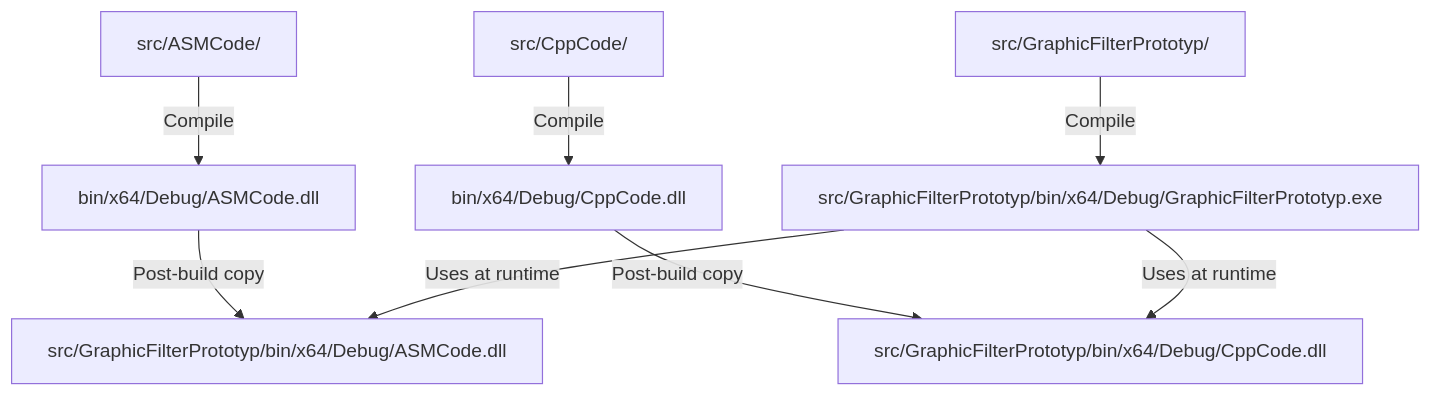
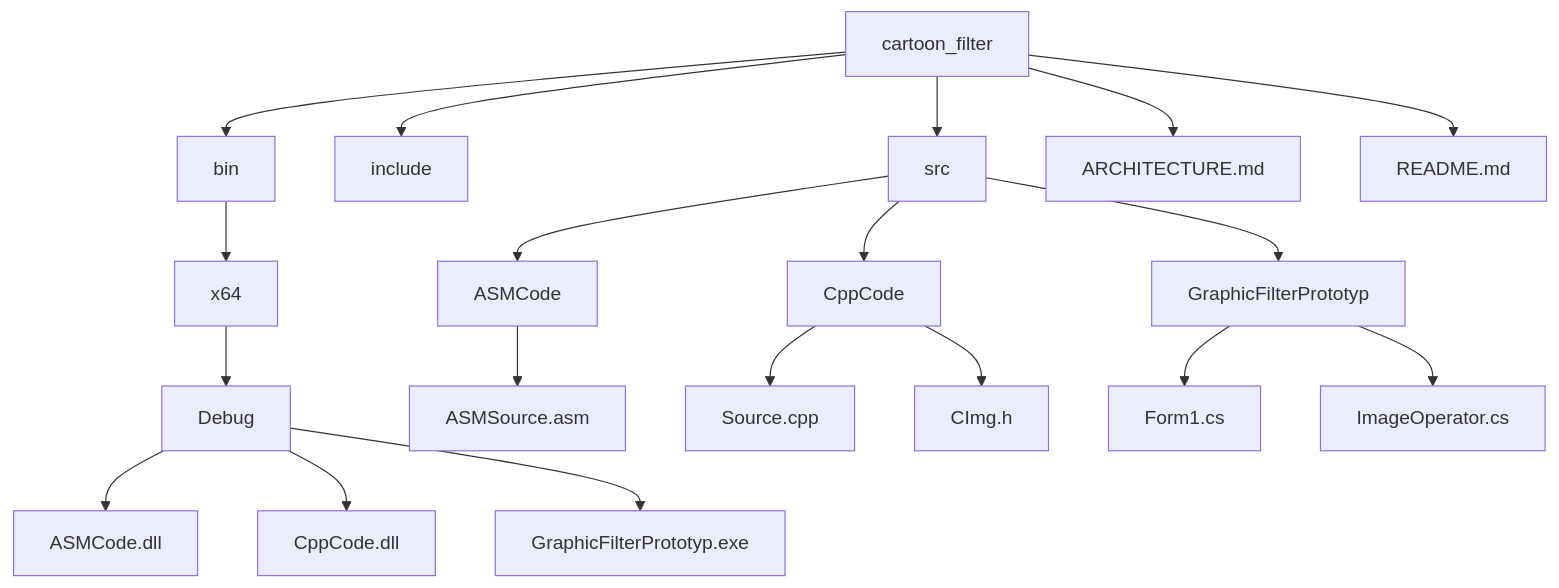
The first of 2 diagrams in README.md (stokuj/cartoon_filter), drawn with Mermaid before and after one commit. The commit also changed other lines of this file, not shown here.

Commit message:
Update README.md: refine project structure and data flow diagrams

````diff
--- a/README.md
+++ b/README.md
@@ -49,12 +36,21 @@
 ```mermaid
 graph TD
-    A[src/ASMCode/] -->|Compile| B[bin/x64/Debug/ASMCode.dll]
-    C[src/CppCode/] -->|Compile| D[bin/x64/Debug/CppCode.dll]
-    E[src/GraphicFilterPrototyp/] -->|Compile| F[src/GraphicFilterPrototyp/bin/x64/Debug/GraphicFilterPrototyp.exe]
-
-    B -->|Post-build copy| G[src/GraphicFilterPrototyp/bin/x64/Debug/ASMCode.dll]
-    D -->|Post-build copy| H[src/GraphicFilterPrototyp/bin/x64/Debug/CppCode.dll]
-
-    F -->|Uses at runtime| G
-    F -->|Uses at runtime| H
+    A[cartoon_filter] --> B[src]
+    A --> C[include]
+    A --> D[bin]
+    A --> E[ARCHITECTURE.md]
+    A --> F[README.md]
+    B --> B1[ASMCode]
+    B --> B2[CppCode]
+    B --> B3[GraphicFilterPrototyp]
+    D --> D1[x64]
+    D1 --> D2[Debug]
+    D2 --> D3[ASMCode.dll]
+    D2 --> D4[CppCode.dll]
+    D2 --> D5[GraphicFilterPrototyp.exe]
+    B1 --> B1a[ASMSource.asm]
+    B2 --> B2a[Source.cpp]
+    B2 --> B2b[CImg.h]
+    B3 --> B3a[Form1.cs]
+    B3 --> B3b[ImageOperator.cs]
 ```
````
